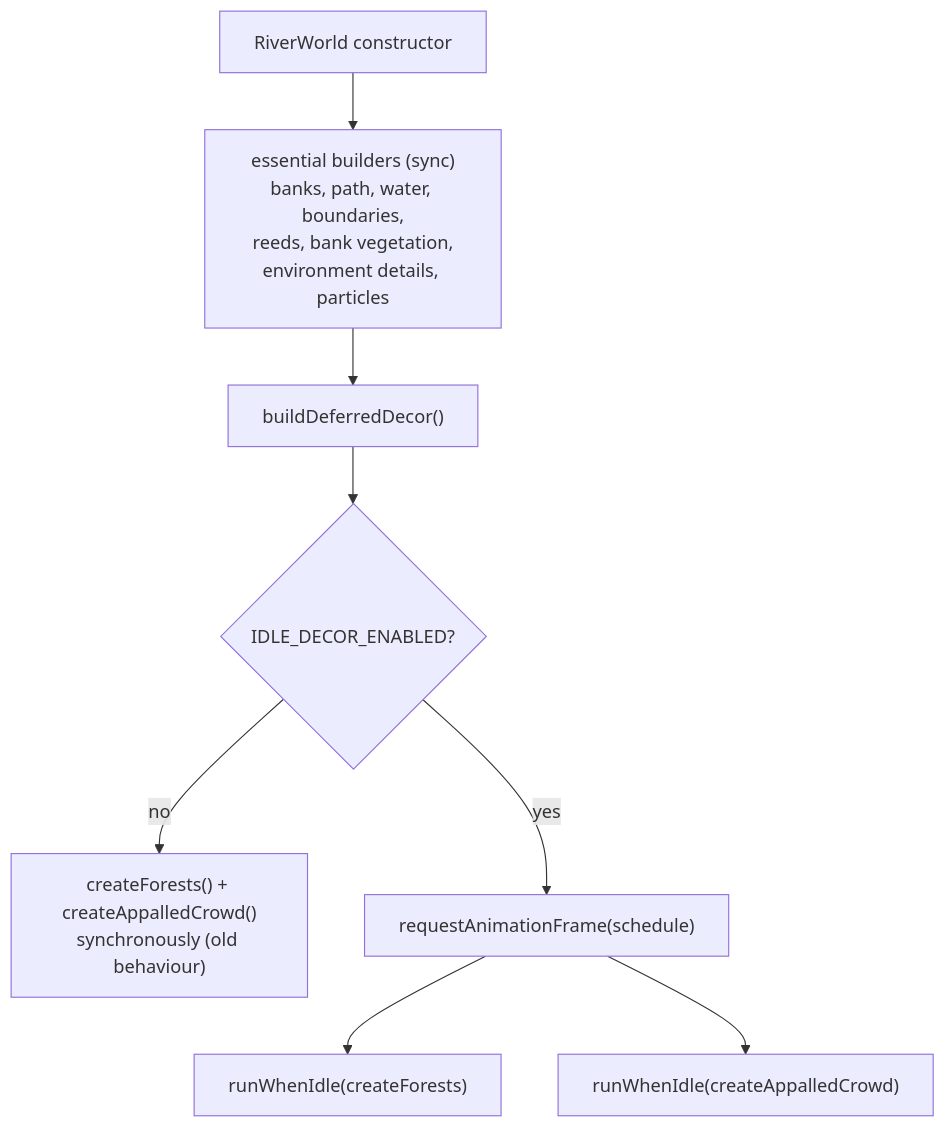
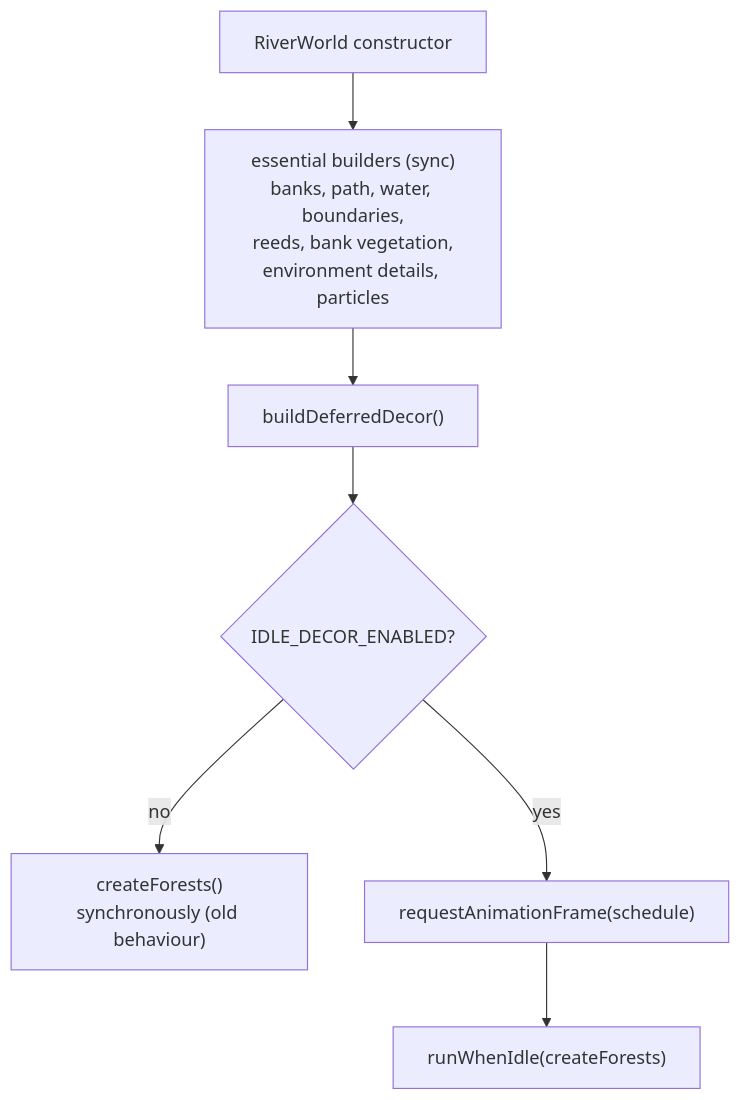
The first of 2 diagrams in docs/features/25-idle-scheduling.md (Protosnake/veslo), drawn with Mermaid before and after one commit. The commit also changed other lines of this file and 20 other files, not shown here.

````diff
--- a/docs/features/25-idle-scheduling.md
+++ b/docs/features/25-idle-scheduling.md
@@ -5,10 +5,9 @@
 ```mermaid
 flowchart TD
     A["RiverWorld constructor"] --> B["essential builders (sync)<br/>banks, path, water, boundaries,<br/>reeds, bank vegetation,<br/>environment details, particles"]
     B --> C["buildDeferredDecor()"]
     C --> D{"IDLE_DECOR_ENABLED?"}
-    D -->|no| E["createForests() + createAppalledCrowd()<br/>synchronously (old behaviour)"]
+    D -->|no| E["createForests()<br/>synchronously (old behaviour)"]
     D -->|yes| F["requestAnimationFrame(schedule)"]
     F --> G["runWhenIdle(createForests)"]
-    F --> H["runWhenIdle(createAppalledCrowd)"]
 ```
````
